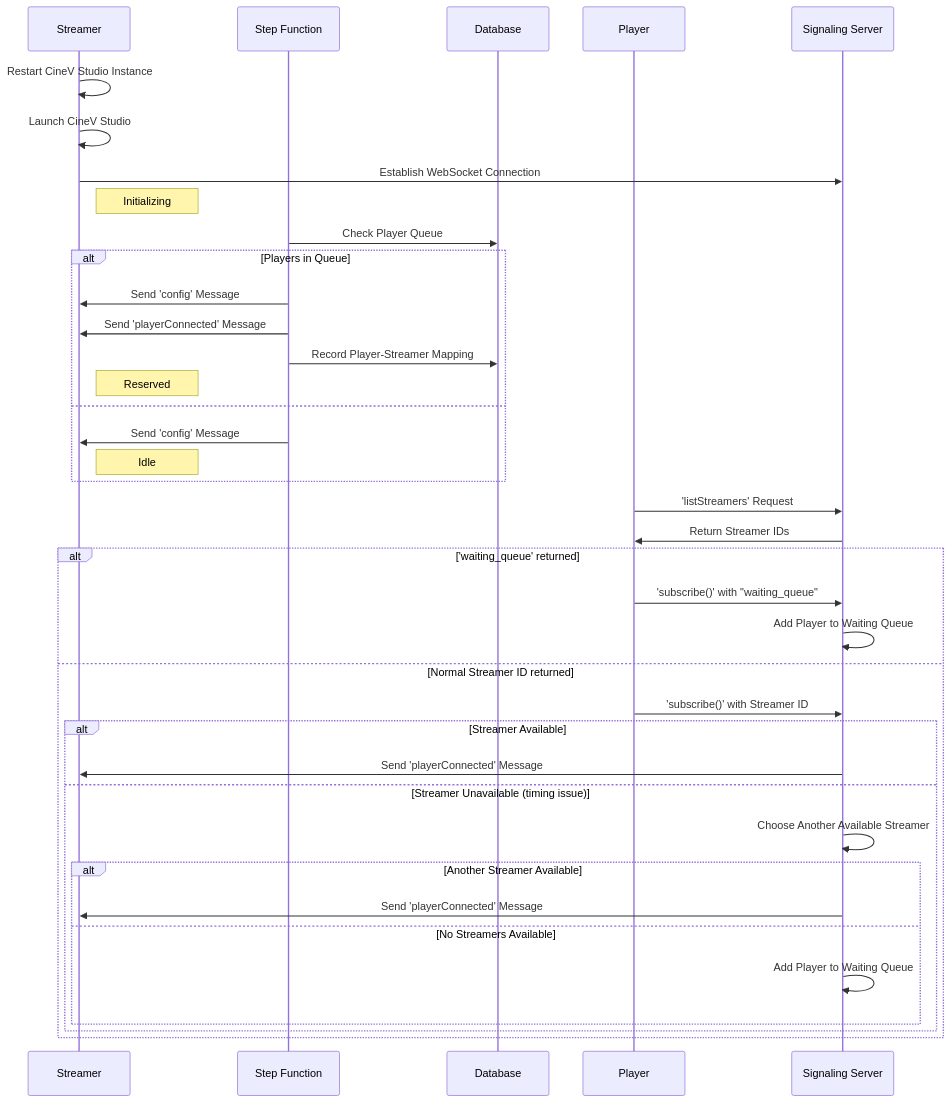
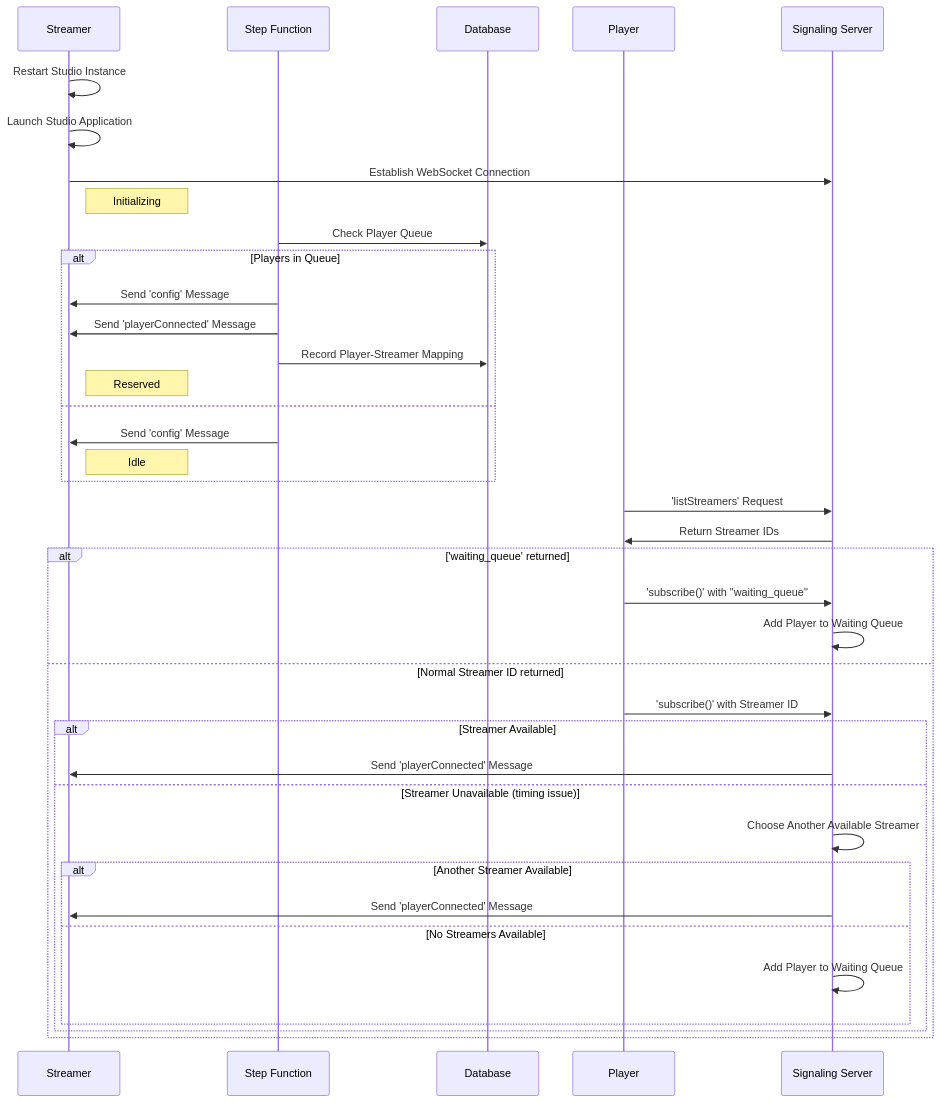
The fourth of 5 diagrams in readme-examples/README.md (wokim/feature-dev-guide), drawn with Mermaid before and after one commit. The commit also changed other lines of this file, not shown here.

````diff
--- a/readme-examples/README.md
+++ b/readme-examples/README.md
@@ -262,42 +262,42 @@
 ```mermaid
 sequenceDiagram
     participant S as Streamer
     participant SQS as Step Function
     participant DB as Database
     participant P as Player
     participant SS as Signaling Server
 
-    S->>S: Restart CineV Studio Instance
-    S->>S: Launch CineV Studio
+    S->>S: Restart Studio Instance
+    S->>S: Launch Studio Application
     S->>SS: Establish WebSocket Connection
     Note right of S: Initializing
     SQS->>DB: Check Player Queue
     alt Players in Queue
         SQS->>S: Send 'config' Message
         SQS->>S: Send 'playerConnected' Message
         SQS->>DB: Record Player-Streamer Mapping
         Note right of S: Reserved
     else
         SQS->>S: Send 'config' Message
         Note right of S: Idle
     end
 
     P->>SS: 'listStreamers' Request
     SS->>P: Return Streamer IDs
     alt 'waiting_queue' returned
         P->>SS: 'subscribe()' with "waiting_queue"
         SS->>SS: Add Player to Waiting Queue
     else Normal Streamer ID returned
         P->>SS: 'subscribe()' with Streamer ID
         alt Streamer Available
             SS->>S: Send 'playerConnected' Message
         else Streamer Unavailable (timing issue)
             SS->>SS: Choose Another Available Streamer
             alt Another Streamer Available
                 SS->>S: Send 'playerConnected' Message
             else No Streamers Available
                 SS->>SS: Add Player to Waiting Queue
             end
         end
     end
 ```
````
